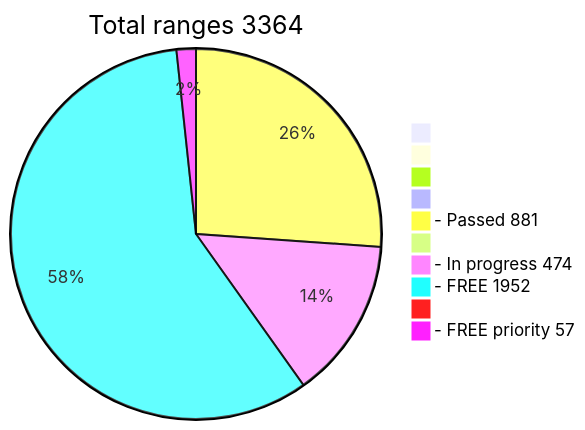
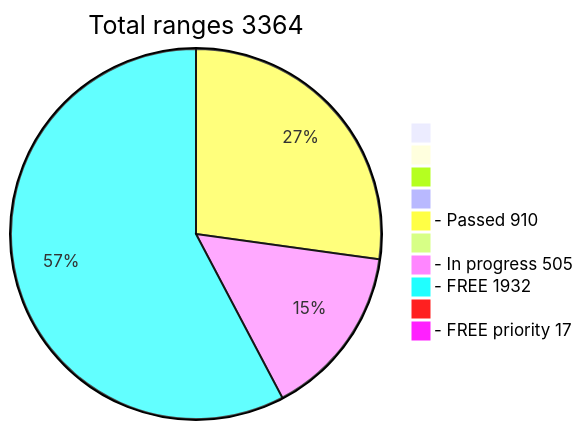
One commit to phrutis/wif500 changed the diagram in README.md. Above: the diagram before and after it, drawn with Mermaid.

````diff
--- a/README.md
+++ b/README.md
@@ -16,14 +16,14 @@
 ```mermaid
 pie title Total ranges 3364
              " " : 0
             "  " : 0
            "   " : 0
           "    " : 0
-  "- Passed 881" : 881
+  "- Passed 910" : 910
          "     " : 0
-  "- In progress 474" : 474
-   "- FREE 1952" : 1962
+  "- In progress 505" : 505
+   "- FREE 1932" : 1932
         "      " : 0
-       "- FREE priority 57" : 57
+       "- FREE priority 17" : 17
    
 ```
````
